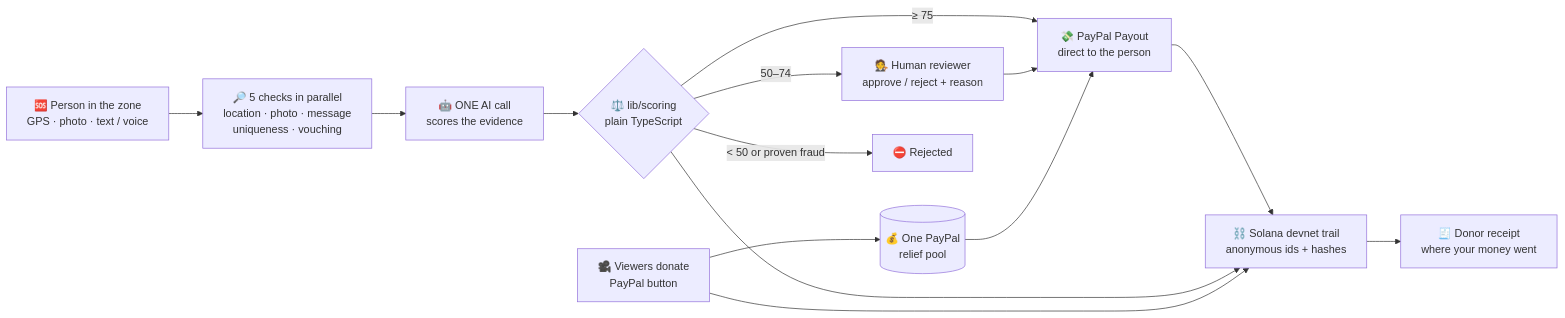
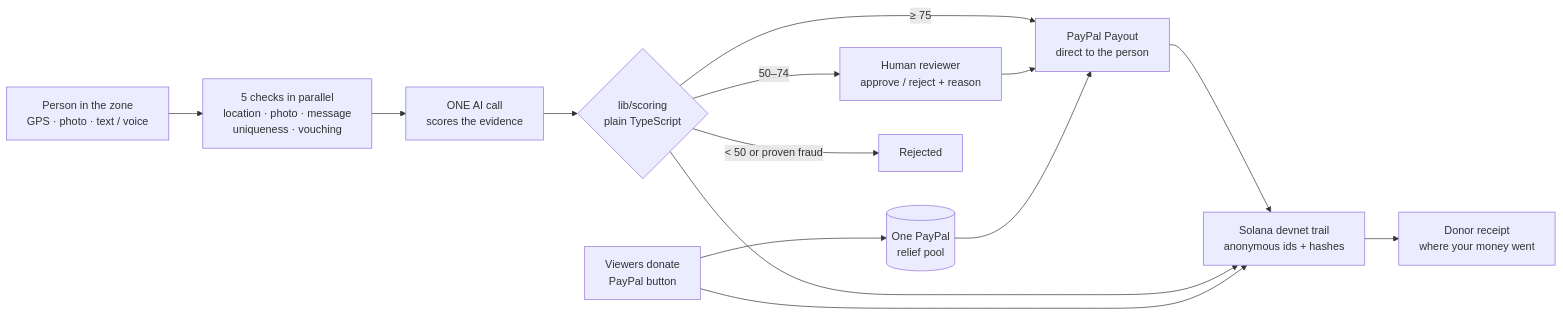
The first of 2 diagrams in README.md (Aryan27-max/Pay-Pal-Ai-Hackathon), drawn with Mermaid before and after one commit. The commit also changed other lines of this file, not shown here.

Commit message:
docs(readme): remove emojis from headings, tables and diagrams

````diff
--- a/README.md
+++ b/README.md
@@ -52,16 +52,16 @@
 ```mermaid
 flowchart LR
-    A["🎥 Viewers donate<br/>PayPal button"] --> B[("💰 One PayPal<br/>relief pool")]
-    C["🆘 Person in the zone<br/>GPS · photo · text / voice"] --> D["🔎 5 checks in parallel<br/>location · photo · message<br/>uniqueness · vouching"]
-    D --> E["🤖 ONE AI call<br/>scores the evidence"]
-    E --> F{"⚖️ lib/scoring<br/>plain TypeScript"}
-    F -->|"≥ 75"| G["💸 PayPal Payout<br/>direct to the person"]
-    F -->|"50–74"| H["🧑‍⚖️ Human reviewer<br/>approve / reject + reason"]
-    F -->|"&lt; 50 or proven fraud"| I["⛔ Rejected"]
+    A["Viewers donate<br/>PayPal button"] --> B[("One PayPal<br/>relief pool")]
+    C["Person in the zone<br/>GPS · photo · text / voice"] --> D["5 checks in parallel<br/>location · photo · message<br/>uniqueness · vouching"]
+    D --> E["ONE AI call<br/>scores the evidence"]
+    E --> F{"lib/scoring<br/>plain TypeScript"}
+    F -->|"≥ 75"| G["PayPal Payout<br/>direct to the person"]
+    F -->|"50–74"| H["Human reviewer<br/>approve / reject + reason"]
+    F -->|"&lt; 50 or proven fraud"| I["Rejected"]
     H --> G
     B --> G
-    G --> J["⛓️ Solana devnet trail<br/>anonymous ids + hashes"]
+    G --> J["Solana devnet trail<br/>anonymous ids + hashes"]
     F --> J
     A --> J
-    J --> K["🧾 Donor receipt<br/>where your money went"]
+    J --> K["Donor receipt<br/>where your money went"]
 ```
````
